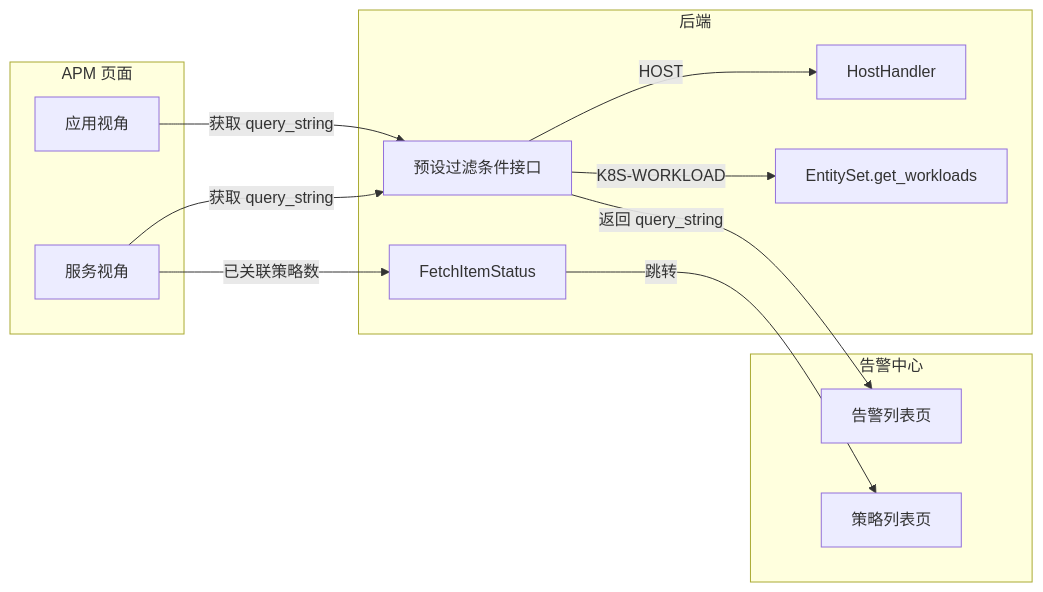
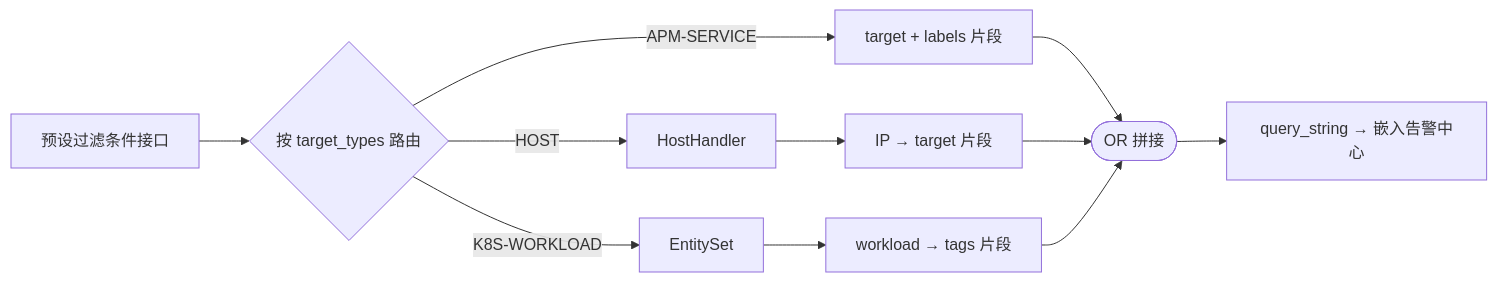
One commit to ZhuoZhuoCrayon/ai-workspace changed the first of 2 diagrams in knowledge/bkmonitor/issues/2026-03-19-alert-apm-embedded-list/PLAN.md. Above: the diagram before and after it, drawn with Mermaid. The commit also changed other lines of this file, not shown here.

Commit message:
docs(bkmonitor): refine alert-apm-embedded-list plan architecture diagrams

````diff
--- a/knowledge/bkmonitor/issues/2026-03-19-alert-apm-embedded-list/PLAN.md
+++ b/knowledge/bkmonitor/issues/2026-03-19-alert-apm-embedded-list/PLAN.md
@@ -18,27 +18,16 @@
 ```mermaid
 flowchart LR
-    subgraph apmPage [APM 页面]
-        AppView[应用视角]
-        ServiceView[服务视角]
-    end
+    API["预设过滤条件接口"]
 
-    subgraph backend [后端]
-        PresetAPI["预设过滤条件接口"]
-        HostHandler["HostHandler"]
-        EntitySet["EntitySet.get_workloads"]
-        FetchItemStatus["FetchItemStatus"]
-    end
+    API --> Route{"按 target_types 路由"}
 
-    subgraph alertCenter [告警中心]
-        AlertList["告警列表页"]
-        StrategyList["策略列表页"]
-    end
+    Route -->|"APM-SERVICE"| SF["target + labels 片段"]
+    Route -->|"HOST"| HH["HostHandler"] --> HF["IP → target 片段"]
+    Route -->|"K8S-WORKLOAD"| ES["EntitySet"] --> KF["workload → tags 片段"]
 
-    AppView -->|"获取 query_string"| PresetAPI
-    ServiceView -->|"获取 query_string"| PresetAPI
-    PresetAPI -->|"HOST"| HostHandler
-    PresetAPI -->|"K8S-WORKLOAD"| EntitySet
-    PresetAPI -->|"返回 query_string"| AlertList
-    ServiceView -->|"已关联策略数"| FetchItemStatus
-    FetchItemStatus -->|"跳转"| StrategyList
+    SF --> Join(["OR 拼接"])
+    HF --> Join
+    KF --> Join
+
+    Join --> QS["query_string → 嵌入告警中心"]
 ```
````
